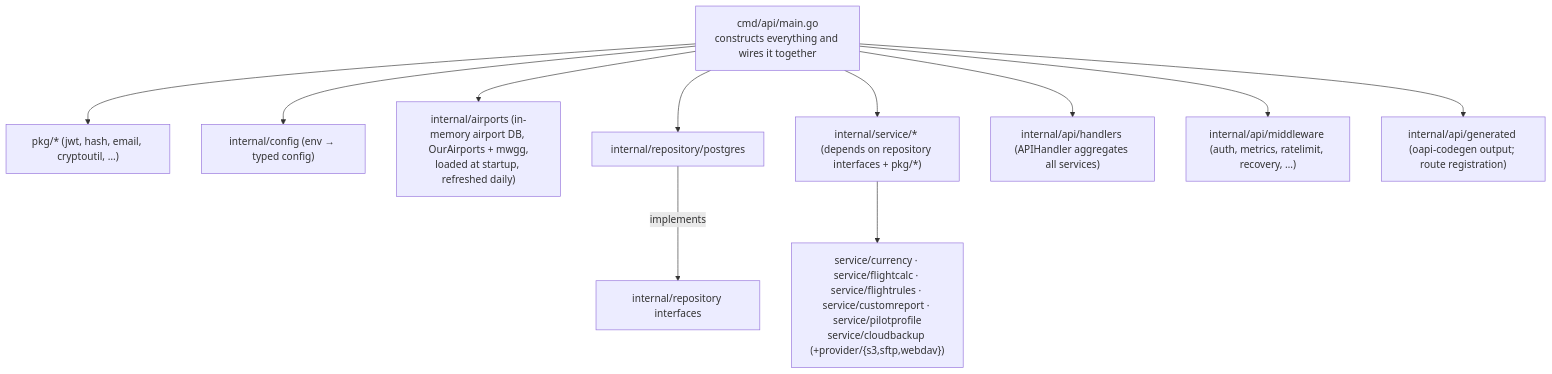
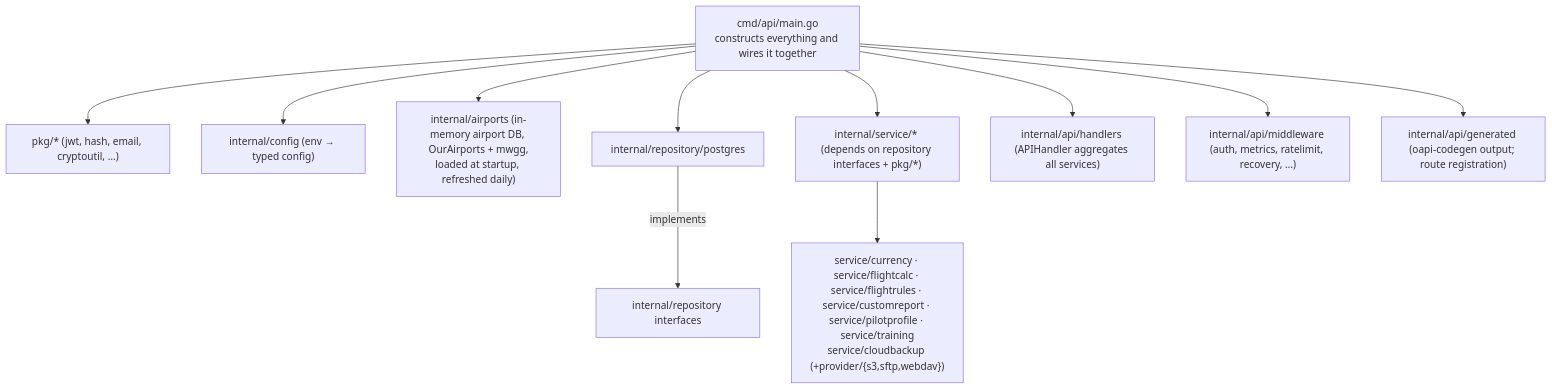
Before and after one commit to fjaeckel/ninerlog-api: the third of 3 diagrams in docs/ARCHITECTURE.md, drawn with Mermaid. The commit also changed other lines of this file and 29 other files, not shown here.

````diff
--- a/docs/ARCHITECTURE.md
+++ b/docs/ARCHITECTURE.md
@@ -63,15 +63,15 @@
 ```mermaid
 flowchart TD
     MAIN["cmd/api/main.go<br/>constructs everything and wires it together"]
     MAIN --> PKG["pkg/* (jwt, hash, email, cryptoutil, …)"]
     MAIN --> CFG["internal/config (env → typed config)"]
     MAIN --> AIR["internal/airports (in-memory airport DB, OurAirports + mwgg,<br/>loaded at startup, refreshed daily)"]
     MAIN --> PG["internal/repository/postgres"]
     MAIN --> SVC["internal/service/* (depends on repository interfaces + pkg/*)"]
     MAIN --> HND["internal/api/handlers (APIHandler aggregates all services)"]
     MAIN --> MW["internal/api/middleware (auth, metrics, ratelimit, recovery, …)"]
     MAIN --> GEN["internal/api/generated (oapi-codegen output; route registration)"]
 
     PG -->|implements| REPO["internal/repository interfaces"]
-    SVC --> SUB["service/currency · service/flightcalc · service/flightrules · service/customreport · service/pilotprofile<br/>service/cloudbackup (+provider/{s3,sftp,webdav})"]
+    SVC --> SUB["service/currency · service/flightcalc · service/flightrules · service/customreport · service/pilotprofile · service/training<br/>service/cloudbackup (+provider/{s3,sftp,webdav})"]
 ```
````
